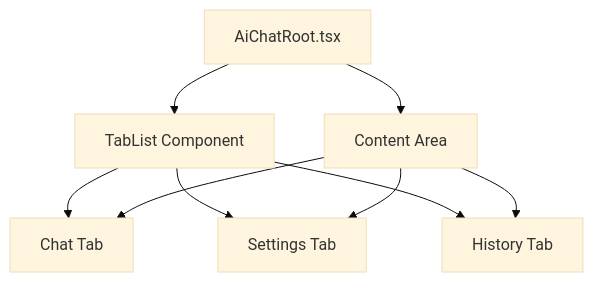
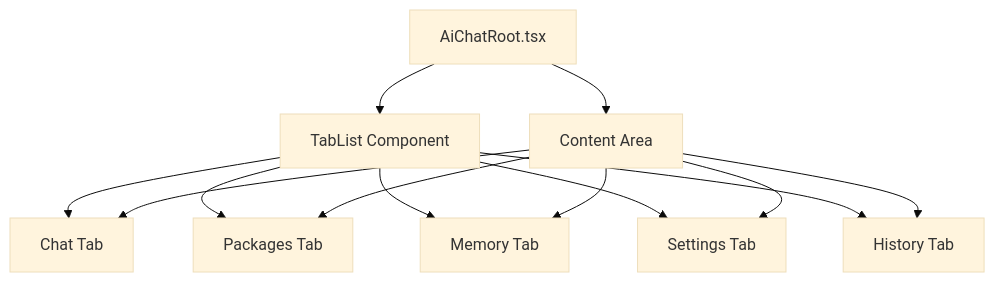
The ninth of 18 diagrams in .qoder/repowiki/en/content/Webview Interface/Webview Interface.md (bramburn/repomix-runner), drawn with Mermaid (base theme) before and after one commit. The commit also changed other lines of this file and 27 other files, not shown here.

````diff
--- a/.qoder/repowiki/en/content/Webview Interface/Webview Interface.md
+++ b/.qoder/repowiki/en/content/Webview Interface/Webview Interface.md
@@ -600,17 +791,23 @@
 ```mermaid
 graph TB
 AICHROOT["AiChatRoot.tsx"]
 TABLIST["TabList Component"]
 CHAT["Chat Tab"]
+PACKAGES["Packages Tab"]
+MEMORY["Memory Tab"]
 SETTINGS["Settings Tab"]
 HISTORY["History Tab"]
 CONTENT["Content Area"]
 AICHROOT --> TABLIST
 TABLIST --> CHAT
+TABLIST --> PACKAGES
+TABLIST --> MEMORY
 TABLIST --> SETTINGS
 TABLIST --> HISTORY
 AICHROOT --> CONTENT
 CONTENT --> CHAT
+CONTENT --> PACKAGES
+CONTENT --> MEMORY
 CONTENT --> SETTINGS
 CONTENT --> HISTORY
 ```
````
